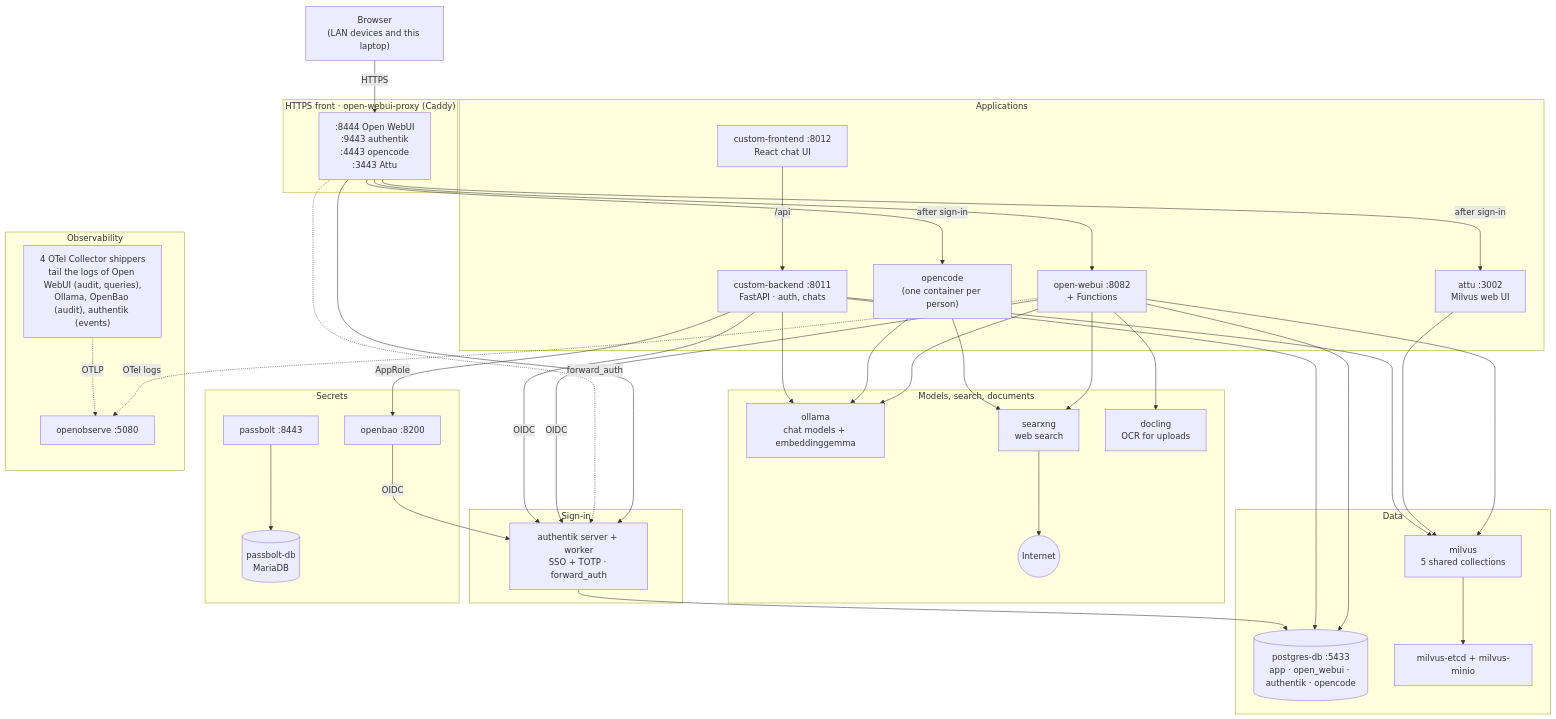
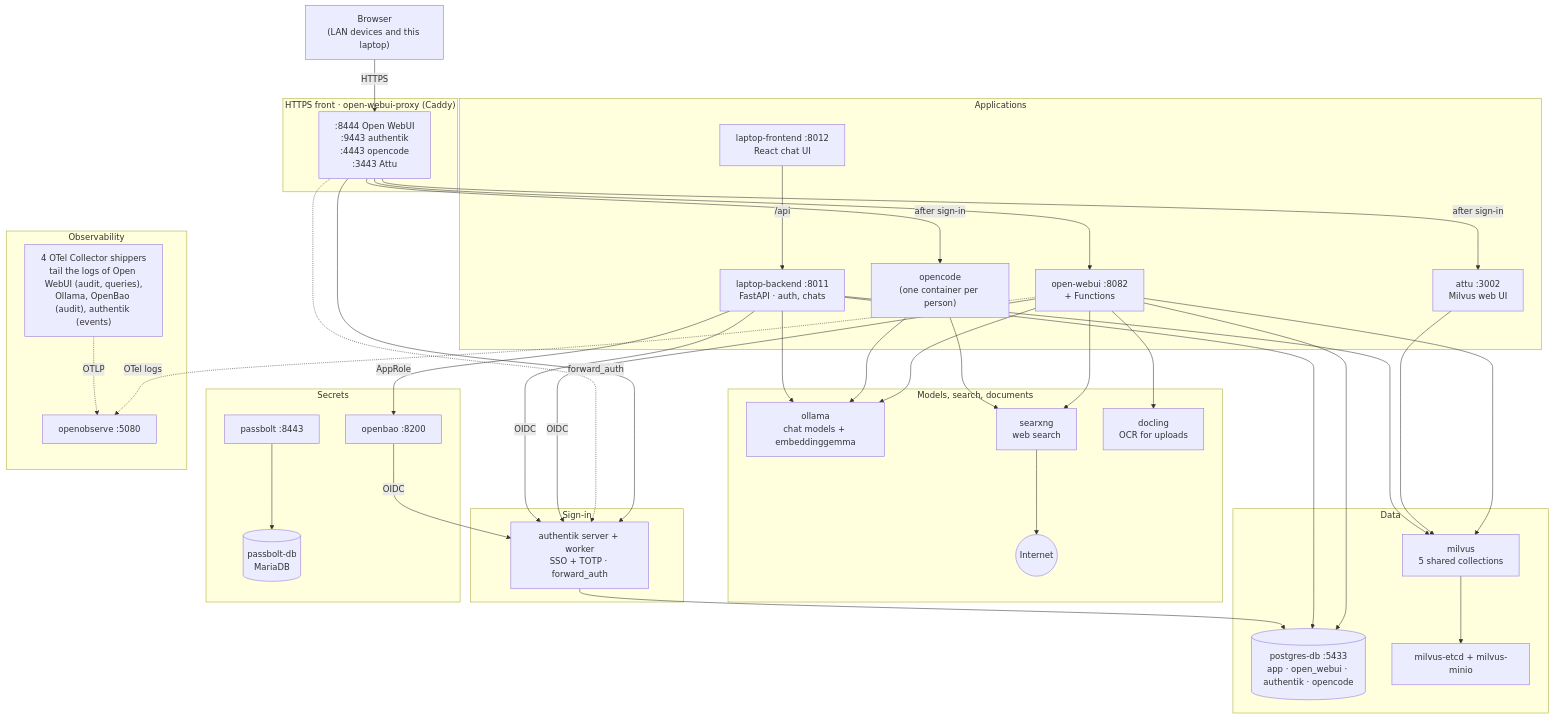
Before and after one commit to akshatz/laptop-ai-backend: the diagram in README.md, drawn with Mermaid. The commit also changed other lines of this file and 60 other files, not shown here.

First line of the commit message:
Rename custom-backend → laptop-backend, custom-frontend → laptop-frontend; copy buttons

````diff
--- a/README.md
+++ b/README.md
@@ -7,66 +7,66 @@
 ```mermaid
 flowchart TB
     browser["Browser<br/>(LAN devices and this laptop)"]
 
     subgraph edge["HTTPS front · open-webui-proxy (Caddy)"]
         proxy[":8444 Open WebUI<br/>:9443 authentik<br/>:4443 opencode<br/>:3443 Attu"]
     end
 
     subgraph identity["Sign-in"]
         authentik["authentik server + worker<br/>SSO + TOTP · forward_auth"]
     end
 
     subgraph app["Applications"]
         webui["open-webui :8082<br/>+ Functions"]
-        frontend["custom-frontend :8012<br/>React chat UI"]
-        backend["custom-backend :8011<br/>FastAPI · auth, chats"]
+        frontend["laptop-frontend :8012<br/>React chat UI"]
+        backend["laptop-backend :8011<br/>FastAPI · auth, chats"]
         opencode["opencode<br/>(one container per person)"]
         attu["attu :3002<br/>Milvus web UI"]
     end
 
     subgraph ai["Models, search, documents"]
         ollama["ollama<br/>chat models + embeddinggemma"]
         searxng["searxng<br/>web search"]
         docling["docling<br/>OCR for uploads"]
         internet(("Internet"))
     end
 
     subgraph data["Data"]
         postgres[("postgres-db :5433<br/>app · open_webui · authentik · opencode")]
         milvus["milvus<br/>5 shared collections"]
         milvusDeps["milvus-etcd + milvus-minio"]
     end
 
     subgraph secrets["Secrets"]
         openbao["openbao :8200"]
         passbolt["passbolt :8443"]
         passboltDb[("passbolt-db<br/>MariaDB")]
     end
 
     subgraph obs["Observability"]
         shippers["4 OTel Collector shippers<br/>tail the logs of Open WebUI (audit, queries),<br/>Ollama, OpenBao (audit), authentik (events)"]
         openobserve["openobserve :5080"]
     end
 
     browser -- HTTPS --> proxy
     proxy --> webui & authentik
     proxy -- "after sign-in" --> opencode & attu
     proxy -. "forward_auth" .-> authentik
 
     webui -- OIDC --> authentik
     openbao -- OIDC --> authentik
     webui --> ollama & searxng & docling & milvus & postgres
     searxng --> internet
     opencode --> ollama & searxng
     attu --> milvus
     frontend -- "/api" --> backend
     backend -- OIDC --> authentik
     backend --> ollama & milvus & postgres
     backend -- AppRole --> openbao
     authentik --> postgres
     milvus --> milvusDeps
     passbolt --> passboltDb
 
     webui -. "OTel logs" .-> openobserve
     shippers -. OTLP .-> openobserve
 ```
````
